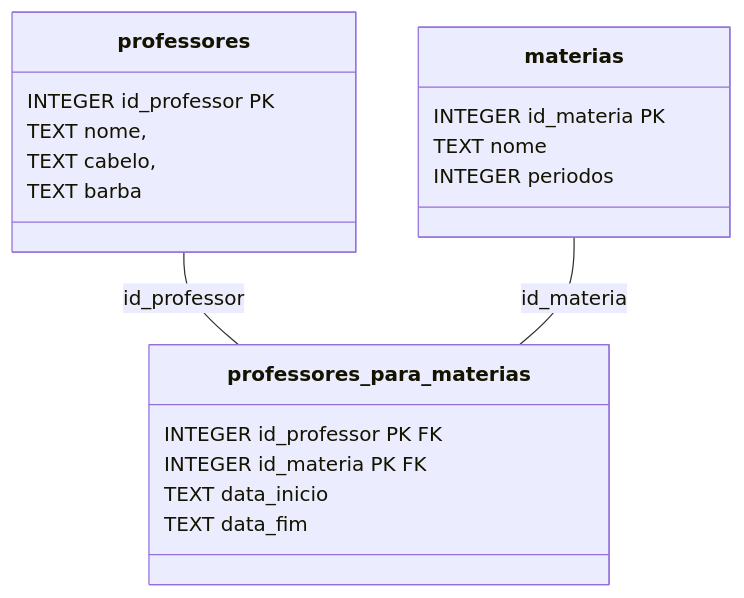
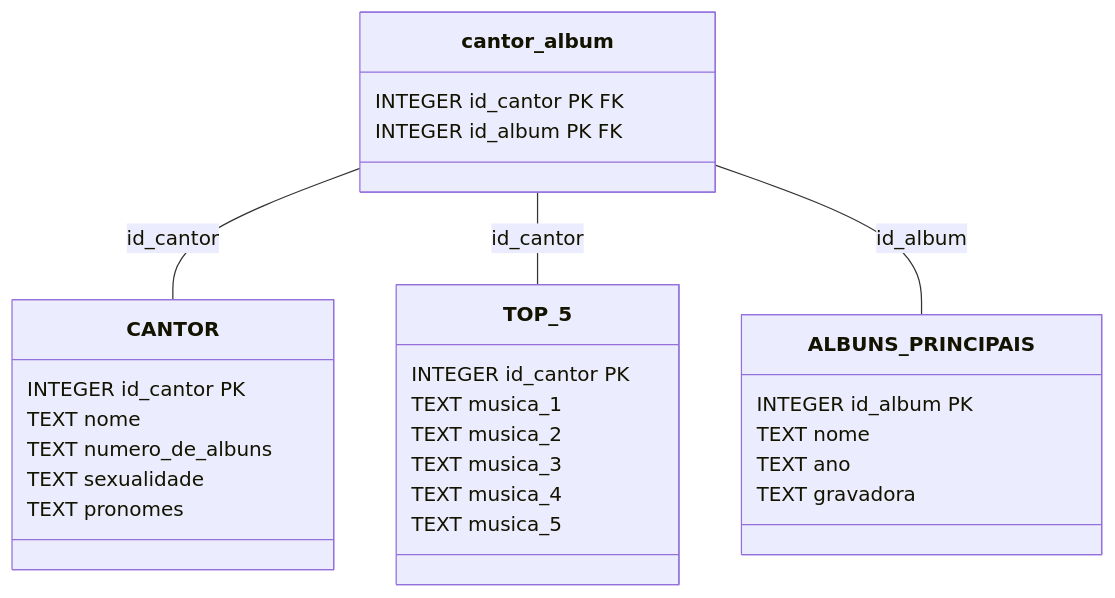
The diagram in diagrama.md (CTISM-Prof-Henry/flaskneles-bixinhas-unidas), drawn with Mermaid before and after one commit.

Commit message:
adicionado modelagem banco de dados

````diff
--- a/diagrama.md
+++ b/diagrama.md
@@ -1,25 +1,29 @@
 ```mermaid
 classDiagram
-    class professores {
-        INTEGER id_professor PK
-        TEXT nome,
-        TEXT cabelo,
-        TEXT barba
+    class CANTOR{
+        INTEGER id_cantor PK 
+        TEXT nome
+        TEXT numero_de_albuns
+        TEXT sexualidade
+        TEXT pronomes 
     }
-    
-    class materias {
-        INTEGER id_materia PK
+    class ALBUNS_PRINCIPAIS{
+        INTEGER id_album PK 
         TEXT nome
-        INTEGER periodos
+        TEXT ano
+        TEXT gravadora
     }
-    
-    class professores_para_materias {
-        INTEGER id_professor PK FK
-        INTEGER id_materia PK FK
-        TEXT data_inicio
-        TEXT data_fim 
+     class TOP_5{
+        INTEGER id_cantor PK 
+        TEXT musica_1
+        TEXT musica_2
+        TEXT musica_3
+        TEXT musica_4
+        TEXT musica_5
     }
-    
-    professores -- professores_para_materias : id_professor
-    materias -- professores_para_materias : id_materia
+ cantor_album -- CANTOR:id_cantor 
+ cantor_album -- TOP_5:id_cantor
+ cantor_album -- ALBUNS_PRINCIPAIS:id_album
+ cantor_album: INTEGER id_cantor PK FK
+ cantor_album: INTEGER id_album PK FK
 ```
````
